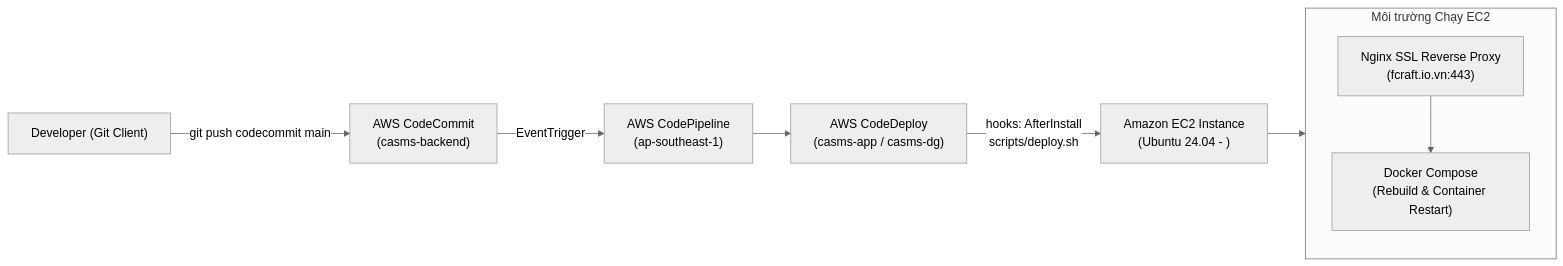
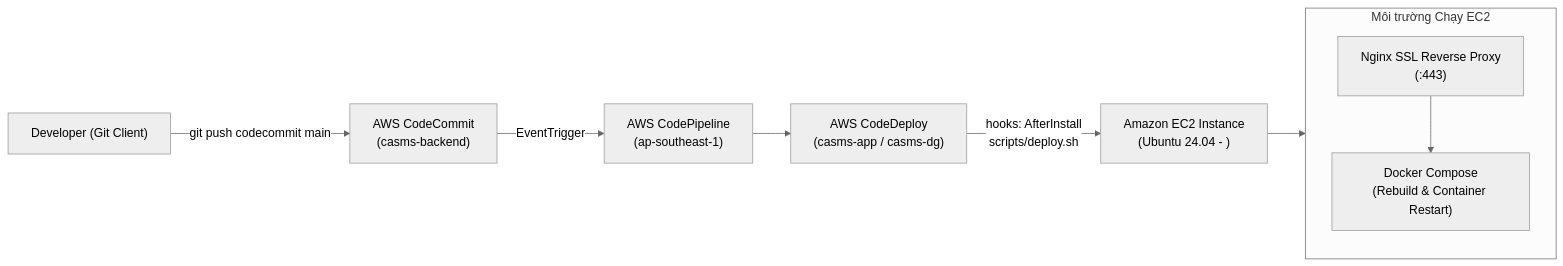
Before and after one commit to ShiroSs00/CASMS_Backend: the third of 3 diagrams in README.md, drawn with Mermaid (neutral theme). The commit also changed other lines of this file, not shown here.

````diff
--- a/README.md
+++ b/README.md
@@ -251,15 +251,15 @@
 ```mermaid
 flowchart LR
     Dev["Developer (Git Client)"] -- "git push codecommit main" --> CodeCommit["AWS CodeCommit\n(casms-backend)"]
     CodeCommit -- "EventTrigger" --> CodePipeline["AWS CodePipeline\n(ap-southeast-1)"]
     CodePipeline --> CodeDeploy["AWS CodeDeploy\n(casms-app / casms-dg)"]
     CodeDeploy -- "hooks: AfterInstall\nscripts/deploy.sh" --> EC2["Amazon EC2 Instance\n(Ubuntu 24.04 - <EC2_HOST_IP>)"]
 
     subgraph EC2_Runtime ["Môi trường Chạy EC2"]
         DockerCompose["Docker Compose\n(Rebuild & Container Restart)"]
-        NginxProxy["Nginx SSL Reverse Proxy\n(fcraft.io.vn:443)"]
+        NginxProxy["Nginx SSL Reverse Proxy\n(<YOUR_DOMAIN>:443)"]
         NginxProxy --> DockerCompose
     end
 
     EC2 --> EC2_Runtime
 ```
````
